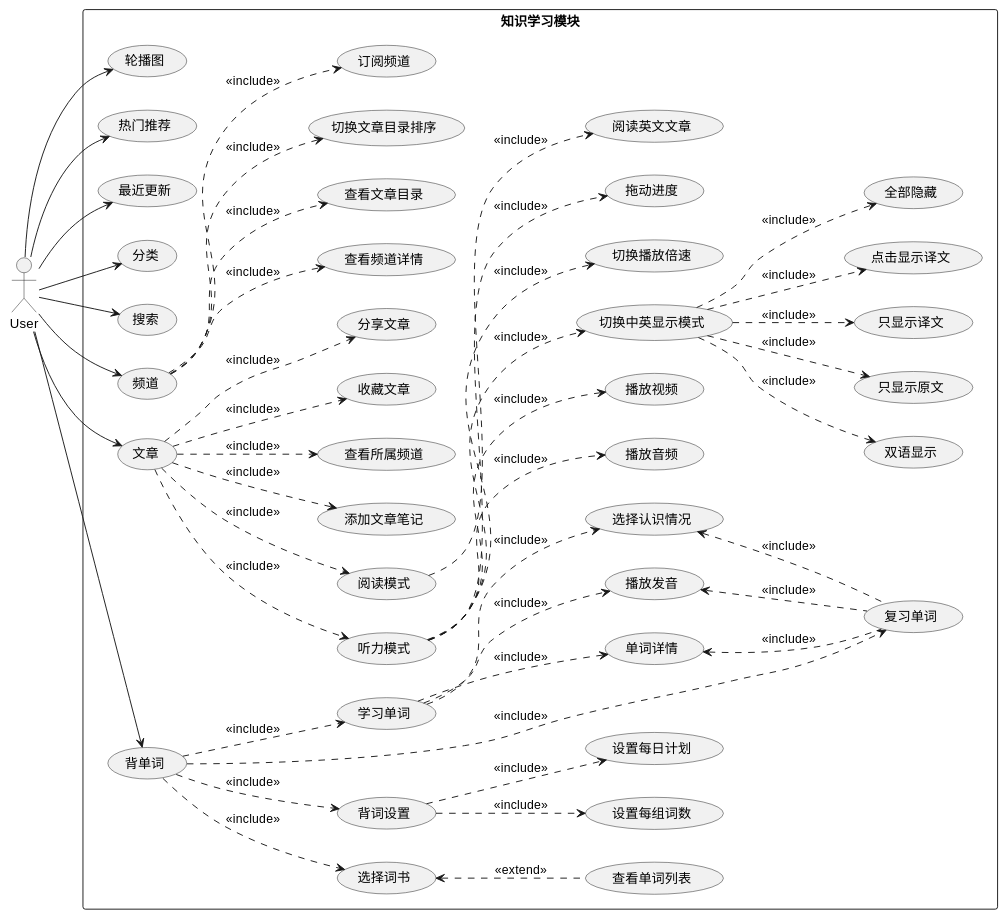
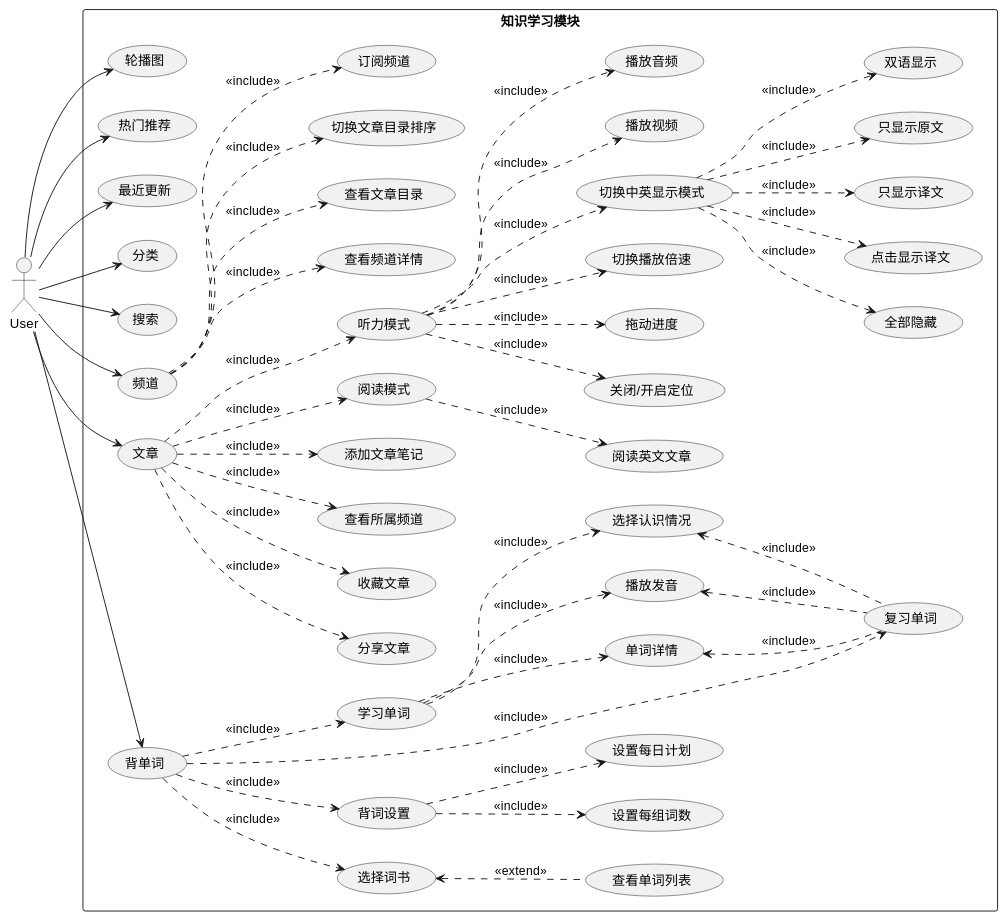
Before and after one commit to zhaoxiao698/ZhiYing-server: the diagram in src/main/java/com/zhaoxiao/uml/user/study.puml, drawn with PlantUML. The commit also changed 16 other files, not shown here.

```diff
--- a/src/main/java/com/zhaoxiao/uml/user/study.puml
+++ b/src/main/java/com/zhaoxiao/uml/user/study.puml
@@ -1,49 +1,50 @@
 @startuml
 left to right direction
 skinparam packageStyle rectangle
 actor User
 rectangle 知识学习模块 {
   User --> (轮播图)
   User --> (热门推荐)
   User --> (最近更新)
   User --> (分类)
   User --> (搜索)
   User --> (频道)
   (频道) ..> (查看频道详情) : <<include>>
   (频道) ..> (查看文章目录) : <<include>>
   (频道) ..> (切换文章目录排序) : <<include>>
   (频道) ..> (订阅频道) : <<include>>
   User --> (文章)
-  (文章) ..> (听力模式) : <<include>>
-  (听力模式) ..> (播放音频) : <<include>>
-  (听力模式) ..> (播放视频) : <<include>>
-  (听力模式) ..> (切换中英显示模式) : <<include>>
-  (切换中英显示模式) ..> (双语显示) : <<include>>
-  (切换中英显示模式) ..> (只显示原文) : <<include>>
-  (切换中英显示模式) ..> (只显示译文) : <<include>>
-  (切换中英显示模式) ..> (点击显示译文) : <<include>>
-  (切换中英显示模式) ..> (全部隐藏) : <<include>>
-  (听力模式) ..> (切换播放倍速) : <<include>>
-  (听力模式) ..> (拖动进度) : <<include>>
+  (文章) ..> (分享文章) : <<include>>
+  (文章) ..> (收藏文章) : <<include>>
+  (文章) ..> (查看所属频道) : <<include>>
+  (文章) ..> (添加文章笔记) : <<include>>
   (文章) ..> (阅读模式) : <<include>>
   (阅读模式) ..> (阅读英文文章) : <<include>>
-  (文章) ..> (添加文章笔记) : <<include>>
-  (文章) ..> (查看所属频道) : <<include>>
-  (文章) ..> (收藏文章) : <<include>>
-  (文章) ..> (分享文章) : <<include>>
+  (文章) ..> (听力模式) : <<include>>
+  (听力模式) ..> (关闭/开启定位) : <<include>>
+  (听力模式) ..> (拖动进度) : <<include>>
+  (听力模式) ..> (切换播放倍速) : <<include>>
+  (听力模式) ..> (切换中英显示模式) : <<include>>
+  (切换中英显示模式) ..> (全部隐藏) : <<include>>
+  (切换中英显示模式) ..> (点击显示译文) : <<include>>
+  (切换中英显示模式) ..> (只显示译文) : <<include>>
+  (切换中英显示模式) ..> (只显示原文) : <<include>>
+  (切换中英显示模式) ..> (双语显示) : <<include>>
+  (听力模式) ..> (播放视频) : <<include>>
+  (听力模式) ..> (播放音频) : <<include>>
   User --> (背单词)
   (背单词) ..> (选择词书) : <<include>>
   (选择词书) <.. (查看单词列表) : <<extend>>
   (背单词) ..> (背词设置) : <<include>>
   (背词设置) ..> (设置每组词数) : <<include>>
   (背词设置) ..> (设置每日计划) : <<include>>
   (背单词) ..> (复习单词) : <<include>>
   (学习单词) ..> (选择认识情况) : <<include>>
   (学习单词) ..> (播放发音) : <<include>>
   (学习单词) ..> (单词详情) : <<include>>
   (背单词) ..> (学习单词) : <<include>>
   (复习单词) .u.> (选择认识情况) : <<include>>
   (复习单词) .u.> (播放发音) : <<include>>
   (复习单词) .u.> (单词详情) : <<include>>
 }
 @enduml
```
